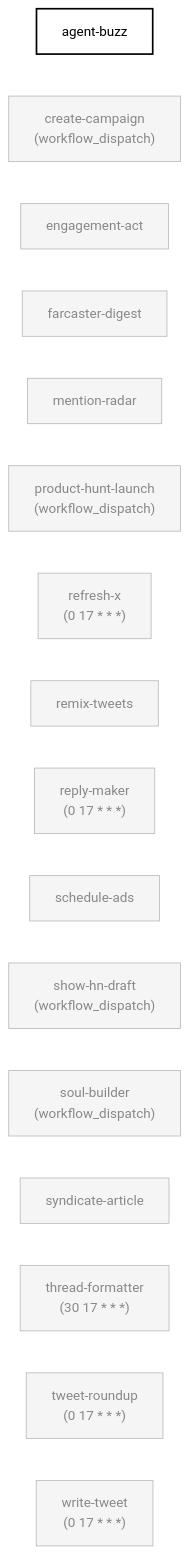
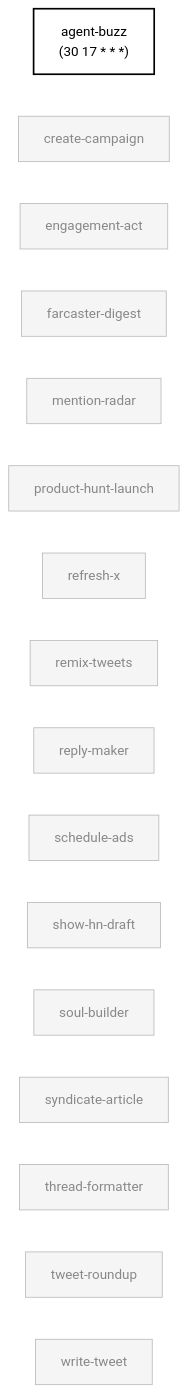
Before and after one commit to anajuliabit/aeon: the seventh of 7 diagrams in docs/skill-graph.md, drawn with Mermaid. The commit also changed other lines of this file and 8 other files, not shown here.

First line of the commit message:
docs(skill-graph): +68 skills · 4→5 depends_on · 9→21 shared-state (#155)

````diff
--- a/docs/skill-graph.md
+++ b/docs/skill-graph.md
@@ -505,54 +669,54 @@
 ```mermaid
 flowchart LR
-  agent_buzz["agent-buzz"]
+  agent_buzz["agent-buzz<br/>(30 17 * * *)"]
+  create_campaign["create-campaign"]
+  engagement_act["engagement-act"]
+  farcaster_digest["farcaster-digest"]
+  mention_radar["mention-radar"]
+  product_hunt_launch["product-hunt-launch"]
+  refresh_x["refresh-x"]
+  remix_tweets["remix-tweets"]
+  reply_maker["reply-maker"]
+  schedule_ads["schedule-ads"]
+  show_hn_draft["show-hn-draft"]
+  soul_builder["soul-builder"]
+  syndicate_article["syndicate-article"]
+  thread_formatter["thread-formatter"]
+  tweet_roundup["tweet-roundup"]
+  write_tweet["write-tweet"]
+  class agent_buzz enabled
   click agent_buzz "../skills/agent-buzz/SKILL.md"
-  create_campaign["create-campaign<br/>(workflow_dispatch)"]
+  class create_campaign disabled
   click create_campaign "../skills/create-campaign/SKILL.md"
-  engagement_act["engagement-act"]
+  class engagement_act disabled
   click engagement_act "../skills/engagement-act/SKILL.md"
-  farcaster_digest["farcaster-digest"]
+  class farcaster_digest disabled
   click farcaster_digest "../skills/farcaster-digest/SKILL.md"
-  mention_radar["mention-radar"]
+  class mention_radar disabled
   click mention_radar "../skills/mention-radar/SKILL.md"
-  product_hunt_launch["product-hunt-launch<br/>(workflow_dispatch)"]
+  class product_hunt_launch disabled
   click product_hunt_launch "../skills/product-hunt-launch/SKILL.md"
-  refresh_x["refresh-x<br/>(0 17 * * *)"]
+  class refresh_x disabled
   click refresh_x "../skills/refresh-x/SKILL.md"
-  remix_tweets["remix-tweets"]
+  class remix_tweets disabled
   click remix_tweets "../skills/remix-tweets/SKILL.md"
-  reply_maker["reply-maker<br/>(0 17 * * *)"]
+  class reply_maker disabled
   click reply_maker "../skills/reply-maker/SKILL.md"
-  schedule_ads["schedule-ads"]
+  class schedule_ads disabled
   click schedule_ads "../skills/schedule-ads/SKILL.md"
-  show_hn_draft["show-hn-draft<br/>(workflow_dispatch)"]
+  class show_hn_draft disabled
   click show_hn_draft "../skills/show-hn-draft/SKILL.md"
-  soul_builder["soul-builder<br/>(workflow_dispatch)"]
+  class soul_builder disabled
   click soul_builder "../skills/soul-builder/SKILL.md"
-  syndicate_article["syndicate-article"]
+  class syndicate_article disabled
   click syndicate_article "../skills/syndicate-article/SKILL.md"
-  thread_formatter["thread-formatter<br/>(30 17 * * *)"]
+  class thread_formatter disabled
   click thread_formatter "../skills/thread-formatter/SKILL.md"
-  tweet_roundup["tweet-roundup<br/>(0 17 * * *)"]
+  class tweet_roundup disabled
   click tweet_roundup "../skills/tweet-roundup/SKILL.md"
-  write_tweet["write-tweet<br/>(0 17 * * *)"]
+  class write_tweet disabled
   click write_tweet "../skills/write-tweet/SKILL.md"
-  class agent_buzz enabled
-  class create_campaign disabled
-  class engagement_act disabled
-  class farcaster_digest disabled
-  class mention_radar disabled
-  class product_hunt_launch disabled
-  class refresh_x disabled
-  class remix_tweets disabled
-  class reply_maker disabled
-  class schedule_ads disabled
-  class show_hn_draft disabled
-  class soul_builder disabled
-  class syndicate_article disabled
-  class thread_formatter disabled
-  class tweet_roundup disabled
-  class write_tweet disabled
   classDef enabled fill:#fff,stroke:#000,stroke-width:2px,color:#000
   classDef disabled fill:#f5f5f5,stroke:#bbb,color:#888
   classDef external fill:none,stroke:#bbb,stroke-dasharray:3 3,color:#888
 ```
````
